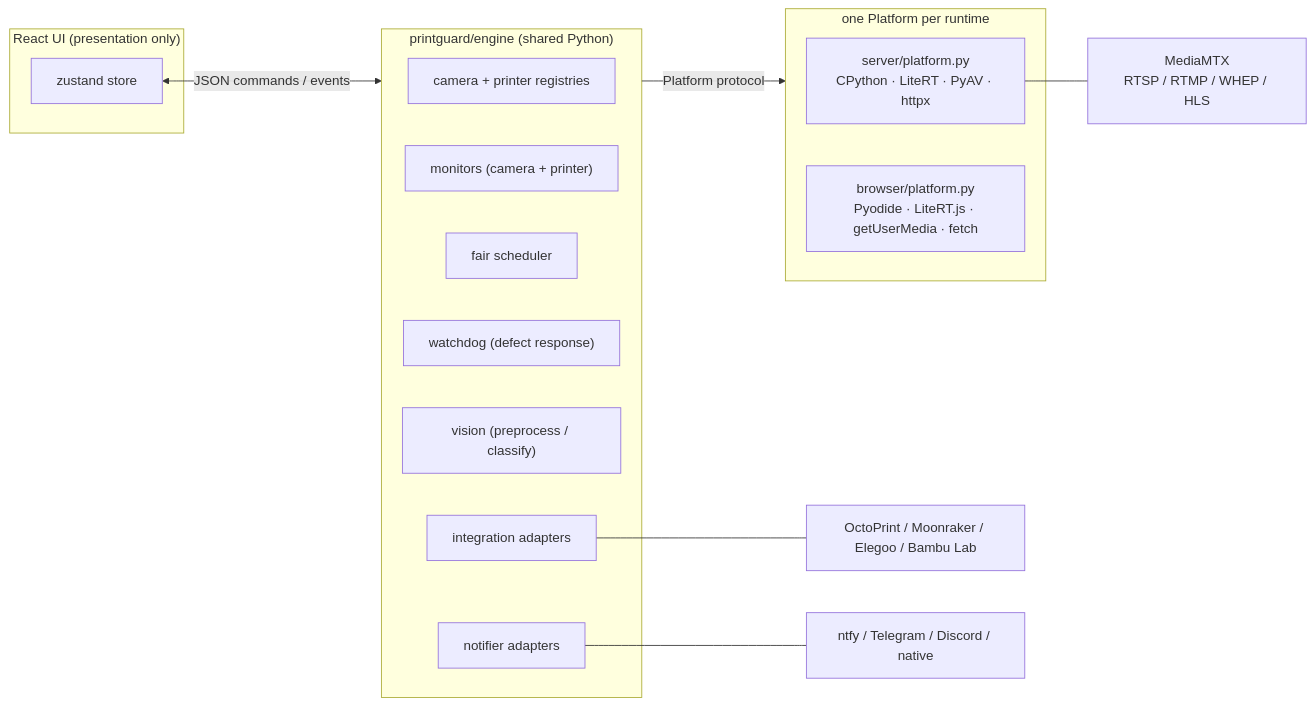
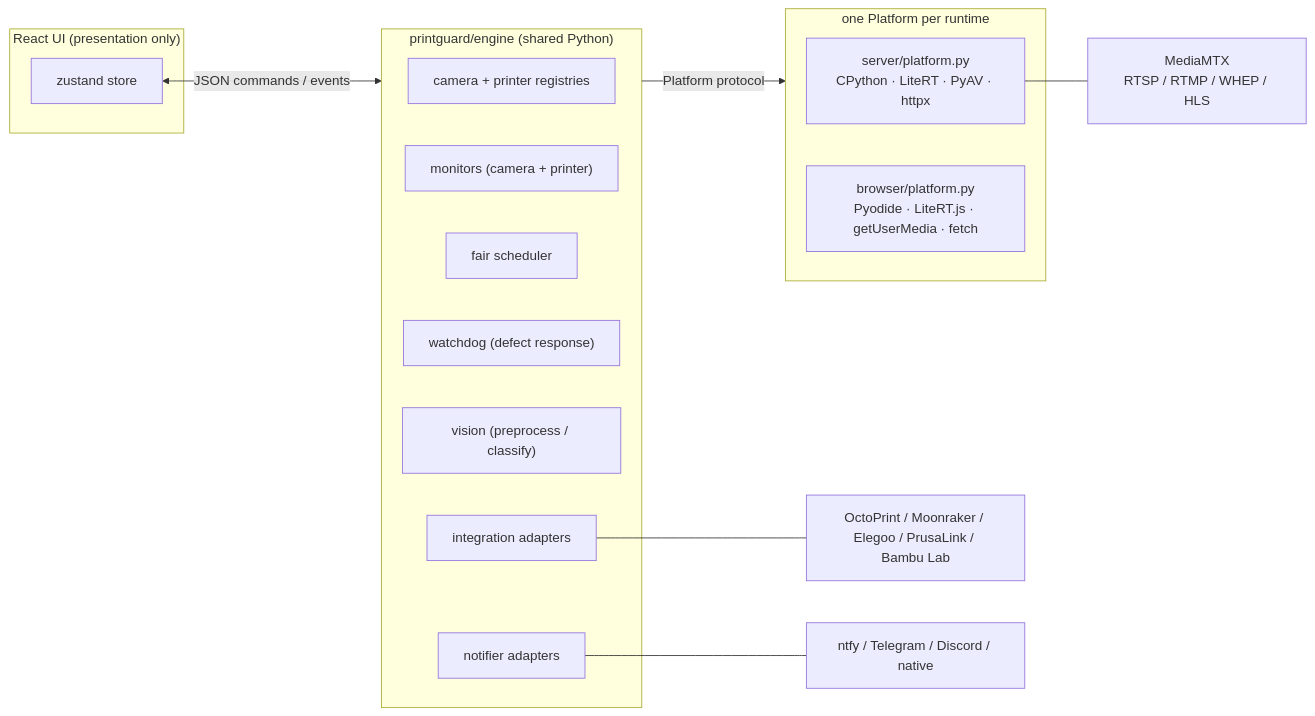
The first of 2 diagrams in docs/architecture.md (dwongdev/PrintGuard), drawn with Mermaid before and after one commit. The commit also changed other lines of this file and 8 other files, not shown here.

````diff
--- a/docs/architecture.md
+++ b/docs/architecture.md
@@ -8,29 +8,29 @@
 ```mermaid
 flowchart LR
     subgraph UI["React UI (presentation only)"]
         store["zustand store"]
     end
 
     store <-- "JSON commands / events" --> engine
 
     subgraph engine["printguard/engine (shared Python)"]
         registry["camera + printer registries"]
         monitors["monitors (camera + printer)"]
         scheduler["fair scheduler"]
         watchdog["watchdog (defect response)"]
         vision["vision (preprocess / classify)"]
         integrations["integration adapters"]
         notifiers["notifier adapters"]
     end
 
     engine -- "Platform protocol" --> platform
 
     subgraph platform["one Platform per runtime"]
         server["server/platform.py<br/>CPython · LiteRT · PyAV · httpx"]
         browser["browser/platform.py<br/>Pyodide · LiteRT.js · getUserMedia · fetch"]
     end
 
     server --- mediamtx["MediaMTX<br/>RTSP / RTMP / WHEP / HLS"]
-    integrations --- printersvc["OctoPrint / Moonraker / Elegoo / Bambu Lab"]
+    integrations --- printersvc["OctoPrint / Moonraker / Elegoo / PrusaLink / Bambu Lab"]
     notifiers --- push["ntfy / Telegram / Discord / native"]
 ```
````
